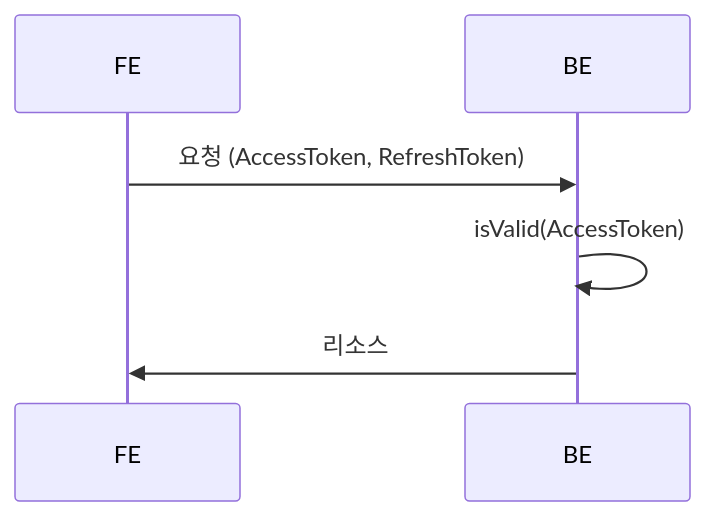
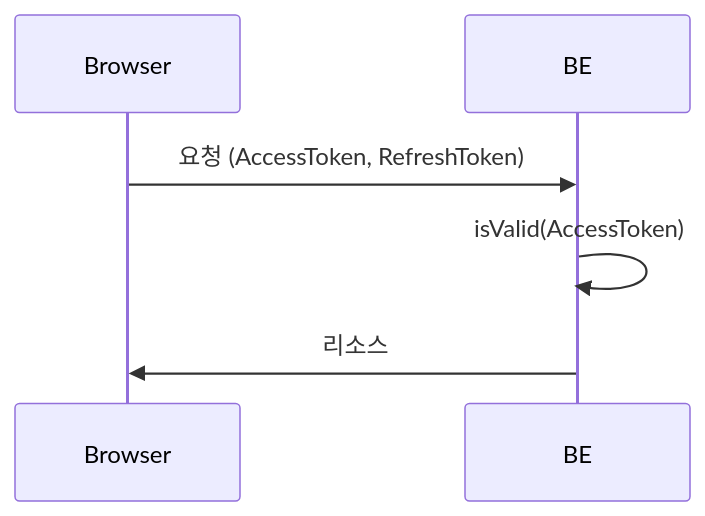
Before and after one commit to chueok/sns-style-group-album: the second of 4 diagrams in apps/server/README.md, drawn with Mermaid. The commit also changed other lines of this file and 6 other files, not shown here.

````diff
--- a/apps/server/README.md
+++ b/apps/server/README.md
@@ -30,9 +85,9 @@
 ```mermaid
 sequenceDiagram
-  participant FE
+  participant Browser
   participant BE
 
-  FE ->> BE: 요청 (AccessToken, RefreshToken)
+  Browser ->> BE: 요청 (AccessToken, RefreshToken)
   BE ->> BE: isValid(AccessToken)
-  BE ->> FE: 리소스
+  BE ->> Browser: 리소스
 ```
````
